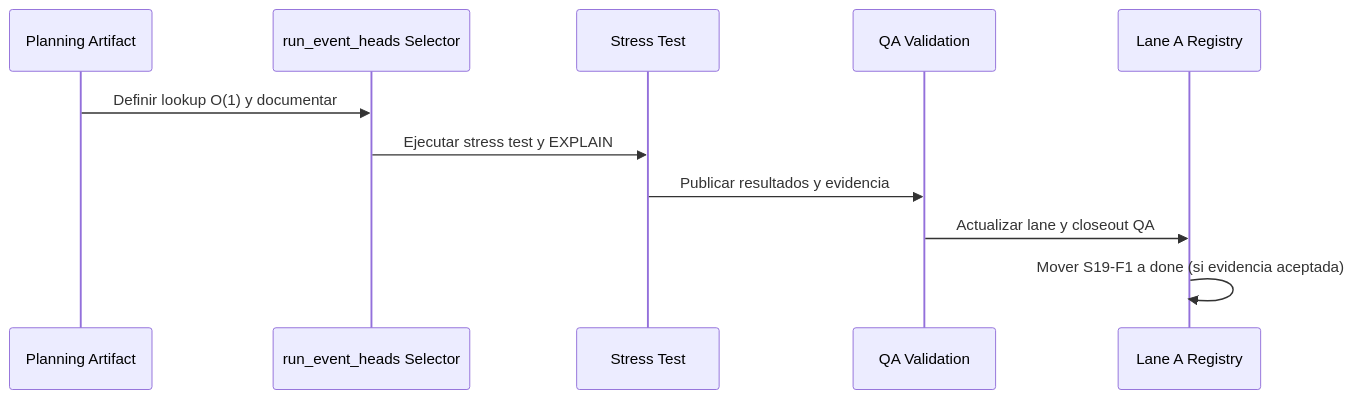
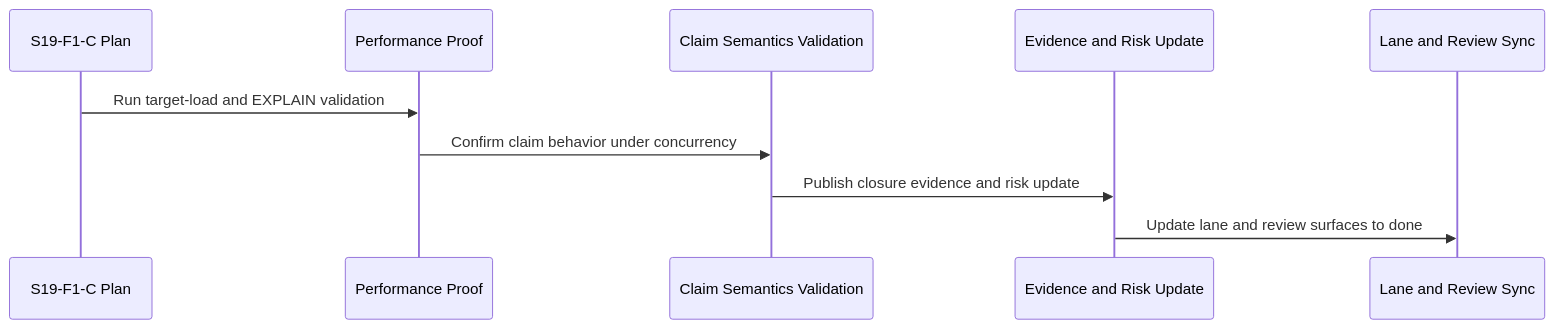
One commit to dunay2/dvt changed the second of 2 diagrams in docs/planning/reviews/engine/20260404-s19f1-snapshot-optimization-plan-review.md. Above: the diagram before and after it, drawn with Mermaid. The commit also changed other lines of this file and 6 other files, not shown here.

Commit message:
fix(adapters): Close S19-F1-C snapshot queue closure evidence

````diff
--- a/docs/planning/reviews/engine/20260404-s19f1-snapshot-optimization-plan-review.md
+++ b/docs/planning/reviews/engine/20260404-s19f1-snapshot-optimization-plan-review.md
@@ -290,14 +301,13 @@
 ```mermaid
 sequenceDiagram
-  participant Planner as Planning Artifact
-  participant Selector as run_event_heads Selector
-  participant Stress as Stress Test
-  participant QA as QA Validation
-  participant Lane as Lane A Registry
+  participant Plan as S19-F1-C Plan
+  participant Perf as Performance Proof
+  participant Claim as Claim Semantics Validation
+  participant Evidence as Evidence and Risk Update
+  participant Lane as Lane and Review Sync
 
-  Planner->>Selector: Definir lookup O(1) y documentar
-  Selector->>Stress: Ejecutar stress test y EXPLAIN
-  Stress->>QA: Publicar resultados y evidencia
-  QA->>Lane: Actualizar lane y closeout QA
-  Lane->>Lane: Mover S19-F1 a done (si evidencia aceptada)
+  Plan->>Perf: Run target-load and EXPLAIN validation
+  Perf->>Claim: Confirm claim behavior under concurrency
+  Claim->>Evidence: Publish closure evidence and risk update
+  Evidence->>Lane: Update lane and review surfaces to done
 ```
````
